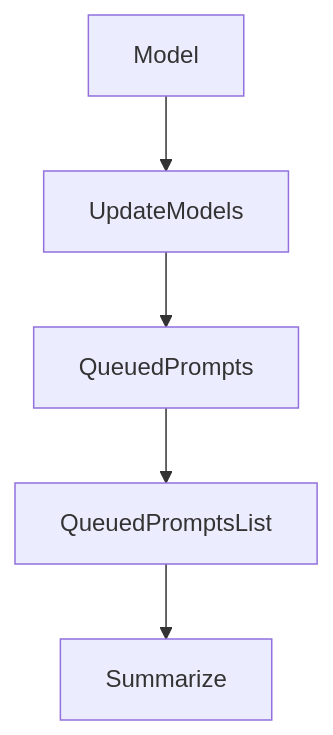
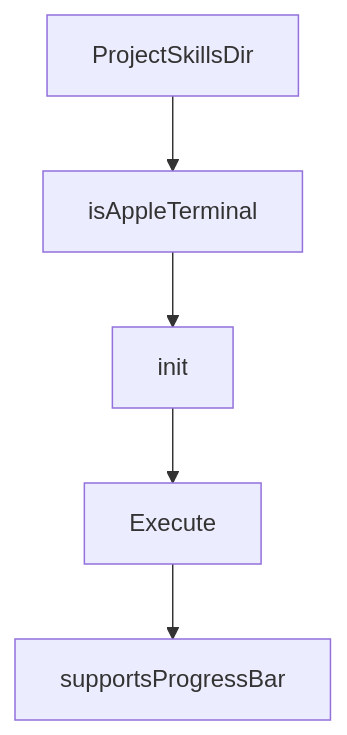
One commit to johnxie/awesome-code-docs changed the diagram in tutorials/crush-tutorial/05-lsp-and-mcp-integration.md. Above: the diagram before and after it, drawn with Mermaid. The commit also changed other lines of this file and 1232 other files, not shown here.

````diff
--- a/tutorials/crush-tutorial/05-lsp-and-mcp-integration.md
+++ b/tutorials/crush-tutorial/05-lsp-and-mcp-integration.md
@@ -241,12 +239,12 @@
 ```mermaid
 flowchart TD
-    A[Model]
-    B[UpdateModels]
-    C[QueuedPrompts]
-    D[QueuedPromptsList]
-    E[Summarize]
+    A[ProjectSkillsDir]
+    B[isAppleTerminal]
+    C[init]
+    D[Execute]
+    E[supportsProgressBar]
     A --> B
     B --> C
     C --> D
     D --> E
 ```
````
